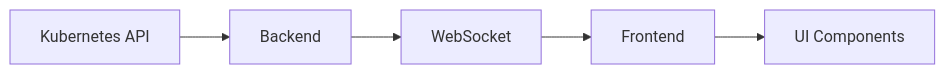
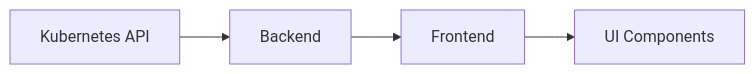
The first of 2 diagrams in docs/README.md (yejinj/ISO-Control), drawn with Mermaid before and after one commit. The commit also changed other lines of this file, not shown here.

````diff
--- a/docs/README.md
+++ b/docs/README.md
@@ -160,7 +152,6 @@
 ```mermaid
 graph LR
     A[Kubernetes API] --> B[Backend]
-    B --> C[WebSocket]
-    C --> D[Frontend]
-    D --> E[UI Components]
+    B --> C[Frontend]
+    C --> D[UI Components]
 ```
````
